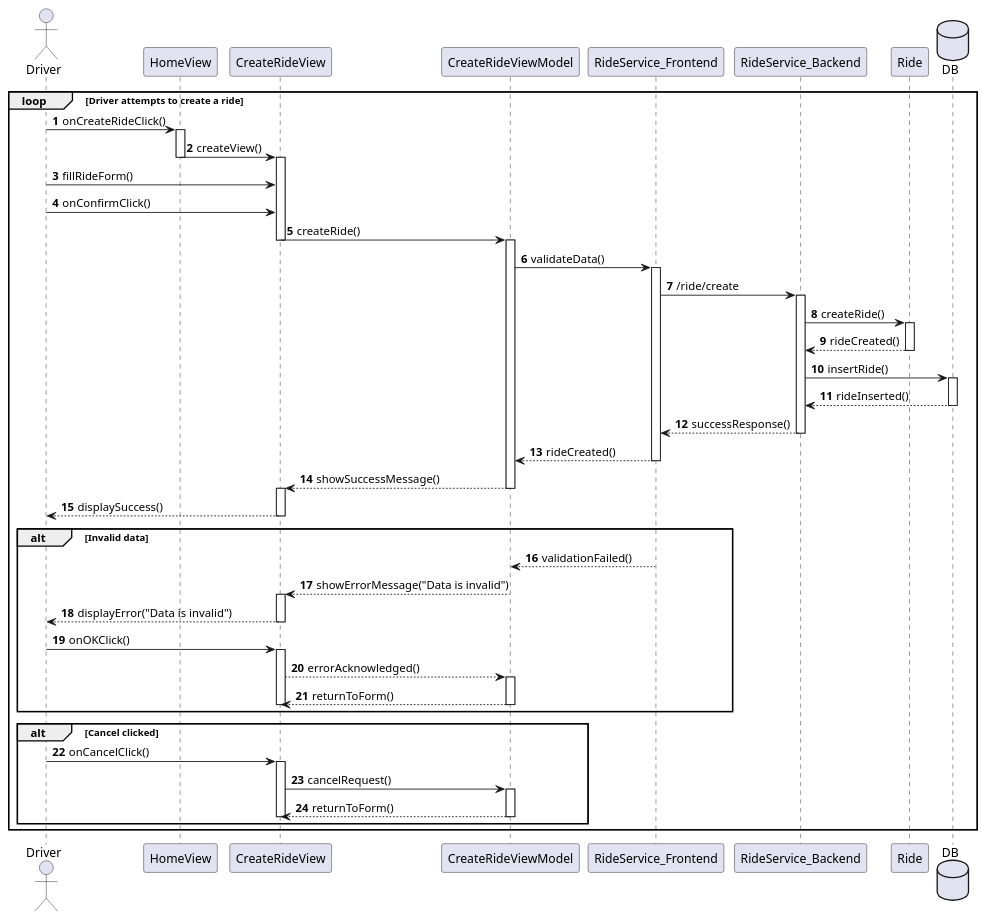
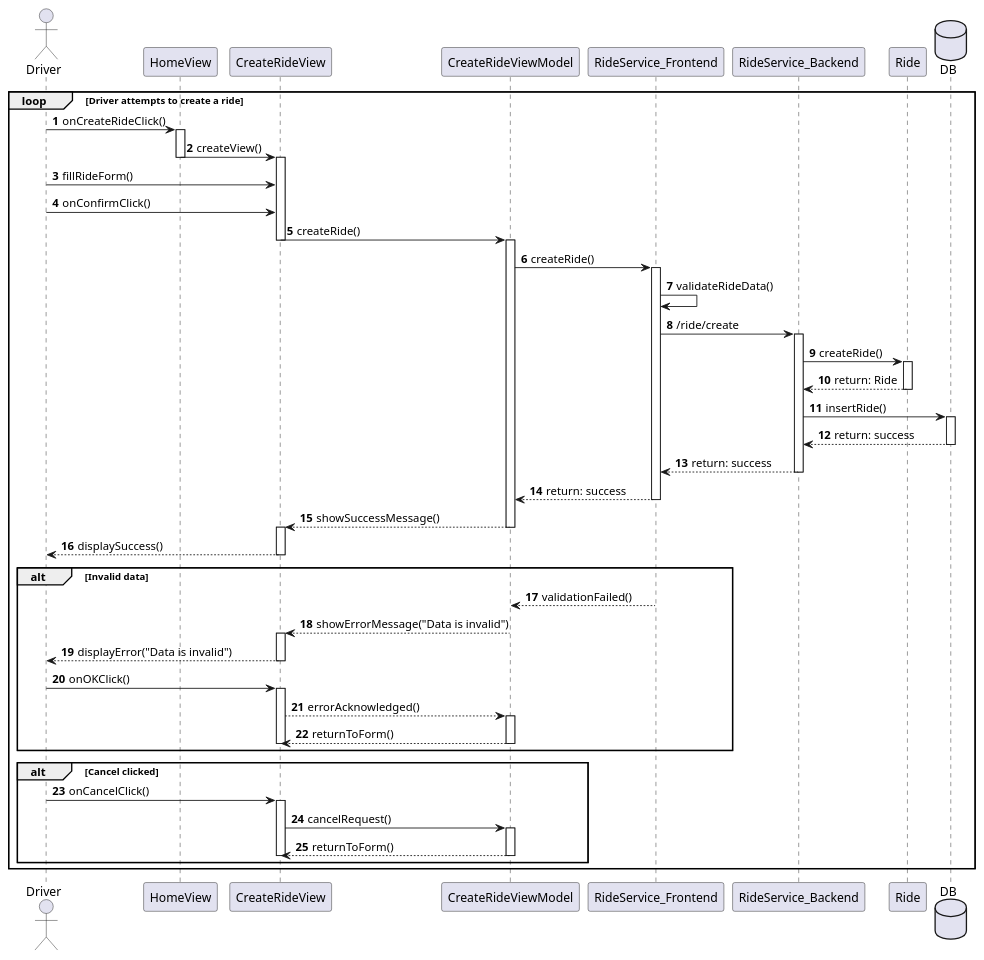
Before and after one commit to YannisRavasopoulos/ProjectSD_S6: the diagram in reports/sequence/CreateRideSequence.plantuml, drawn with PlantUML.

Commit message:
changes to create Ride

```diff
--- a/reports/sequence/CreateRideSequence.plantuml
+++ b/reports/sequence/CreateRideSequence.plantuml
@@ -1,95 +1,90 @@
 @startuml
 autonumber
 actor Driver
 participant HomeView
 participant CreateRideView
 participant CreateRideViewModel
 participant RideService_Frontend as RideService_FE
 participant RideService_Backend as RideService_BE
 participant Ride
 database DB
 
 loop Driver attempts to create a ride
 
     Driver -> HomeView: onCreateRideClick()
     activate HomeView
     
     HomeView -> CreateRideView: createView()
     deactivate HomeView
     activate CreateRideView
 
     Driver -> CreateRideView: fillRideForm()
     Driver -> CreateRideView: onConfirmClick()
     
     CreateRideView -> CreateRideViewModel: createRide()
     deactivate CreateRideView
     activate CreateRideViewModel
-    
+ 
+    CreateRideViewModel -> RideService_FE: createRide()
+    activate RideService_FE
 
-       
-
-
-
-    CreateRideViewModel -> RideService_FE: validateData()
-    activate RideService_FE
-    
-
-    
+    RideService_FE -> RideService_FE: validateRideData()
+      
     RideService_FE -> RideService_BE: /ride/create
     activate RideService_BE
 
     RideService_BE -> Ride: createRide()
     activate Ride 
 
-    Ride --> RideService_BE: rideCreated()
+    Ride --> RideService_BE: return: Ride
     deactivate Ride
     
     RideService_BE -> DB: insertRide()
     activate DB
-    DB --> RideService_BE: rideInserted()
+    DB --> RideService_BE: return: success
     deactivate DB
 
-    RideService_BE --> RideService_FE: successResponse()
+    RideService_BE --> RideService_FE: return: success
     deactivate RideService_BE
 
-    RideService_FE --> CreateRideViewModel: rideCreated()
+    RideService_FE --> CreateRideViewModel: return: success
     deactivate RideService_FE
 
     CreateRideViewModel --> CreateRideView: showSuccessMessage()
     deactivate CreateRideViewModel
     activate CreateRideView
 
     CreateRideView --> Driver: displaySuccess()
     deactivate CreateRideView
     
   
     alt Invalid data
         RideService_FE --> CreateRideViewModel: validationFailed()
         deactivate RideService_FE
 
         CreateRideViewModel --> CreateRideView: showErrorMessage("Data is invalid")
         deactivate CreateRideViewModel
         activate CreateRideView
 
         CreateRideView --> Driver: displayError("Data is invalid")
         deactivate CreateRideView
         Driver -> CreateRideView: onOKClick()
         activate CreateRideView
         CreateRideView --> CreateRideViewModel: errorAcknowledged()
         activate CreateRideViewModel
         CreateRideViewModel --> CreateRideView: returnToForm()
         deactivate CreateRideViewModel
         deactivate CreateRideView
     end alt
     alt Cancel clicked
         Driver -> CreateRideView: onCancelClick()
         activate CreateRideView
         CreateRideView -> CreateRideViewModel: cancelRequest()
         activate CreateRideViewModel
         CreateRideViewModel --> CreateRideView: returnToForm()
         deactivate CreateRideViewModel
         deactivate CreateRideView
     end alt
 
 end loop
 @enduml
```
